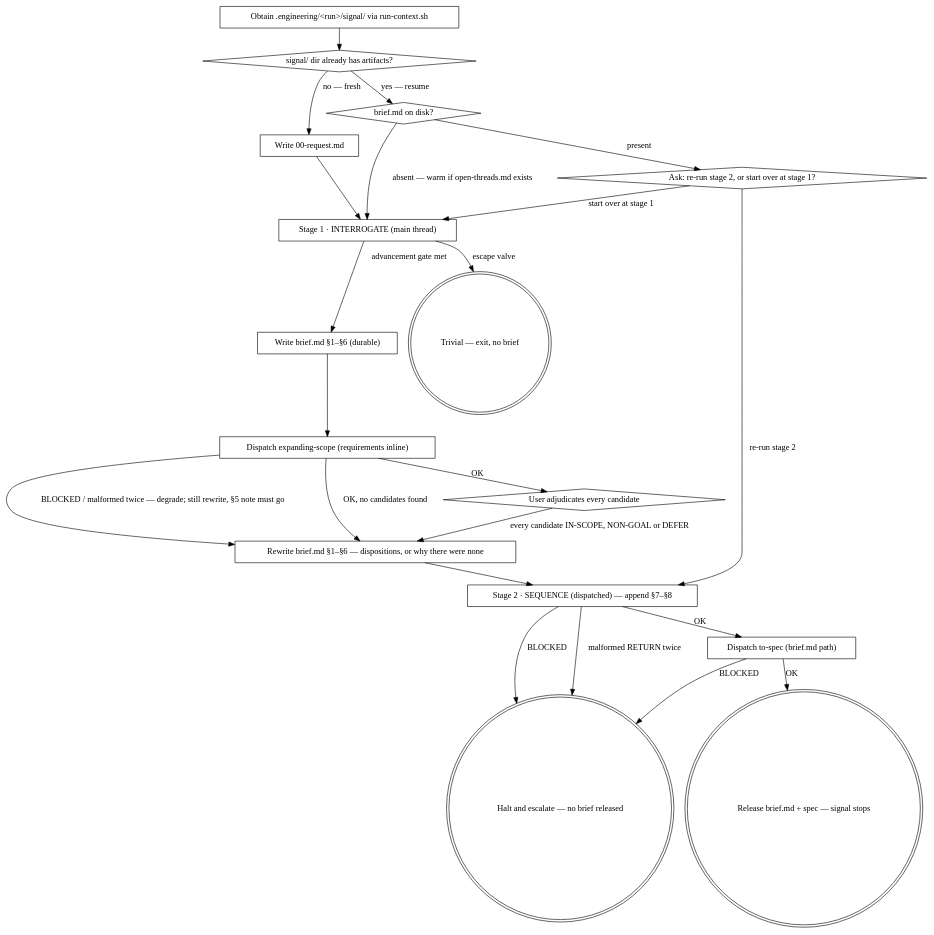
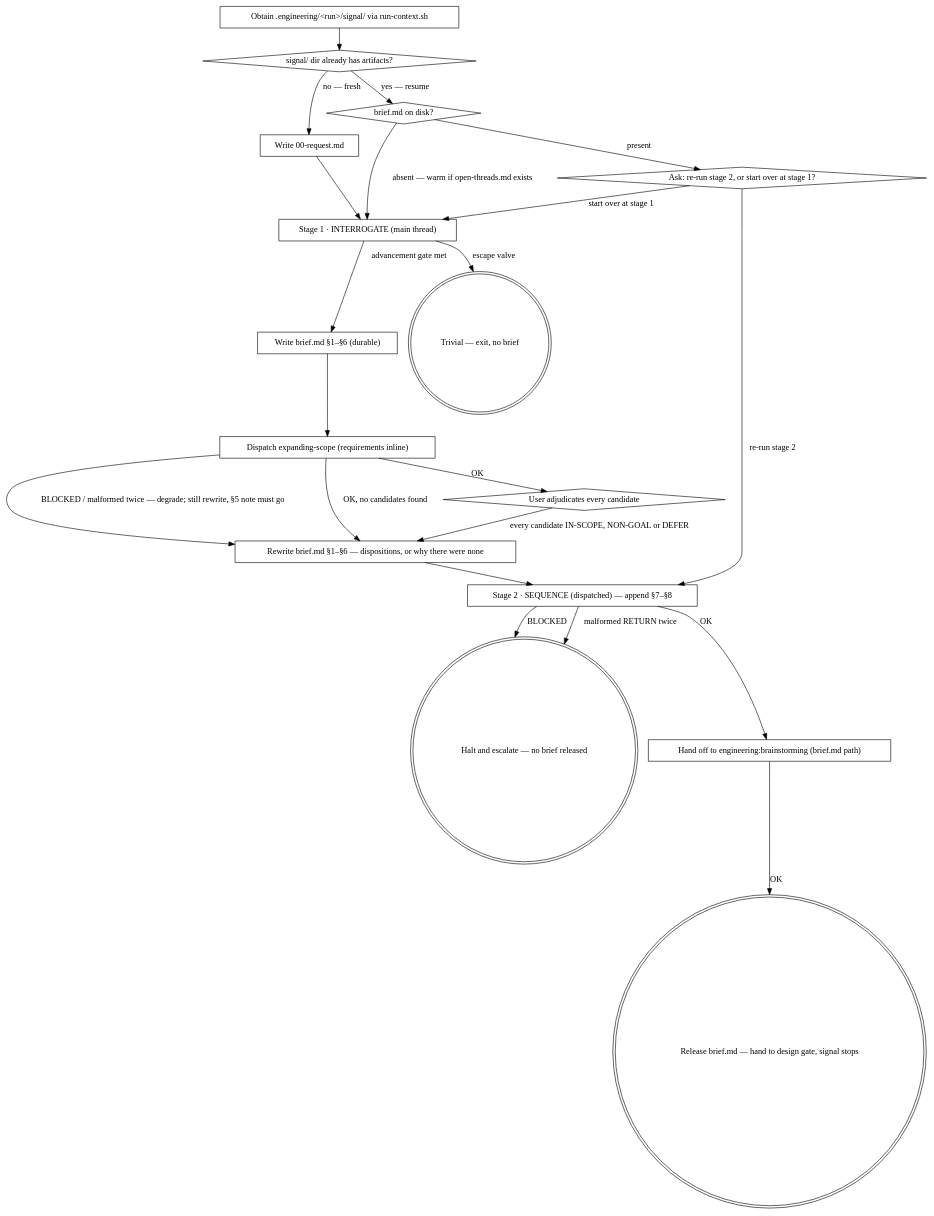
One commit to dashworthy/engineering changed the diagram in engineering/skills/conducting-discovery/SKILL.md. Above: the diagram before and after it, drawn with Graphviz. The commit also changed other lines of this file and 2 other files, not shown here.

Commit message:
conducting-discovery: auto-invoke brainstorming at signal exit

````diff
--- a/engineering/skills/conducting-discovery/SKILL.md
+++ b/engineering/skills/conducting-discovery/SKILL.md
@@ -102,41 +102,40 @@
 ```dot
 digraph signal {
     "Obtain .engineering/<run>/signal/ via run-context.sh" [shape=box];
     "signal/ dir already has artifacts?" [shape=diamond];
     "Write 00-request.md" [shape=box];
     "brief.md on disk?" [shape=diamond];
     "Ask: re-run stage 2, or start over at stage 1?" [shape=diamond];
     "Stage 1 · INTERROGATE (main thread)" [shape=box];
     "Trivial — exit, no brief" [shape=doublecircle];
     "Write brief.md §1–§6 (durable)" [shape=box];
     "Dispatch expanding-scope (requirements inline)" [shape=box];
     "User adjudicates every candidate" [shape=diamond];
     "Rewrite brief.md §1–§6 — dispositions, or why there were none" [shape=box];
     "Stage 2 · SEQUENCE (dispatched) — append §7–§8" [shape=box];
     "Halt and escalate — no brief released" [shape=doublecircle];
-    "Dispatch to-spec (brief.md path)" [shape=box];
-    "Release brief.md + spec — signal stops" [shape=doublecircle];
+    "Hand off to engineering:brainstorming (brief.md path)" [shape=box];
+    "Release brief.md — hand to design gate, signal stops" [shape=doublecircle];
 
     "Obtain .engineering/<run>/signal/ via run-context.sh" -> "signal/ dir already has artifacts?";
     "signal/ dir already has artifacts?" -> "Write 00-request.md" [label="no — fresh"];
     "signal/ dir already has artifacts?" -> "brief.md on disk?" [label="yes — resume"];
     "brief.md on disk?" -> "Stage 1 · INTERROGATE (main thread)" [label="absent — warm if open-threads.md exists"];
     "brief.md on disk?" -> "Ask: re-run stage 2, or start over at stage 1?" [label="present"];
     "Ask: re-run stage 2, or start over at stage 1?" -> "Stage 2 · SEQUENCE (dispatched) — append §7–§8" [label="re-run stage 2"];
     "Ask: re-run stage 2, or start over at stage 1?" -> "Stage 1 · INTERROGATE (main thread)" [label="start over at stage 1"];
     "Write 00-request.md" -> "Stage 1 · INTERROGATE (main thread)";
     "Stage 1 · INTERROGATE (main thread)" -> "Trivial — exit, no brief" [label="escape valve"];
     "Stage 1 · INTERROGATE (main thread)" -> "Write brief.md §1–§6 (durable)" [label="advancement gate met"];
     "Write brief.md §1–§6 (durable)" -> "Dispatch expanding-scope (requirements inline)";
     "Dispatch expanding-scope (requirements inline)" -> "User adjudicates every candidate" [label="OK"];
     "Dispatch expanding-scope (requirements inline)" -> "Rewrite brief.md §1–§6 — dispositions, or why there were none" [label="BLOCKED / malformed twice — degrade; still rewrite, §5 note must go"];
     "Dispatch expanding-scope (requirements inline)" -> "Rewrite brief.md §1–§6 — dispositions, or why there were none" [label="OK, no candidates found"];
     "User adjudicates every candidate" -> "Rewrite brief.md §1–§6 — dispositions, or why there were none" [label="every candidate IN-SCOPE, NON-GOAL or DEFER"];
     "Rewrite brief.md §1–§6 — dispositions, or why there were none" -> "Stage 2 · SEQUENCE (dispatched) — append §7–§8";
-    "Stage 2 · SEQUENCE (dispatched) — append §7–§8" -> "Dispatch to-spec (brief.md path)" [label="OK"];
-    "Dispatch to-spec (brief.md path)" -> "Release brief.md + spec — signal stops" [label="OK"];
-    "Dispatch to-spec (brief.md path)" -> "Halt and escalate — no brief released" [label="BLOCKED"];
+    "Stage 2 · SEQUENCE (dispatched) — append §7–§8" -> "Hand off to engineering:brainstorming (brief.md path)" [label="OK"];
+    "Hand off to engineering:brainstorming (brief.md path)" -> "Release brief.md — hand to design gate, signal stops" [label="OK"];
     "Stage 2 · SEQUENCE (dispatched) — append §7–§8" -> "Halt and escalate — no brief released" [label="BLOCKED"];
     "Stage 2 · SEQUENCE (dispatched) — append §7–§8" -> "Halt and escalate — no brief released" [label="malformed RETURN twice"];
 }
 ```
````
